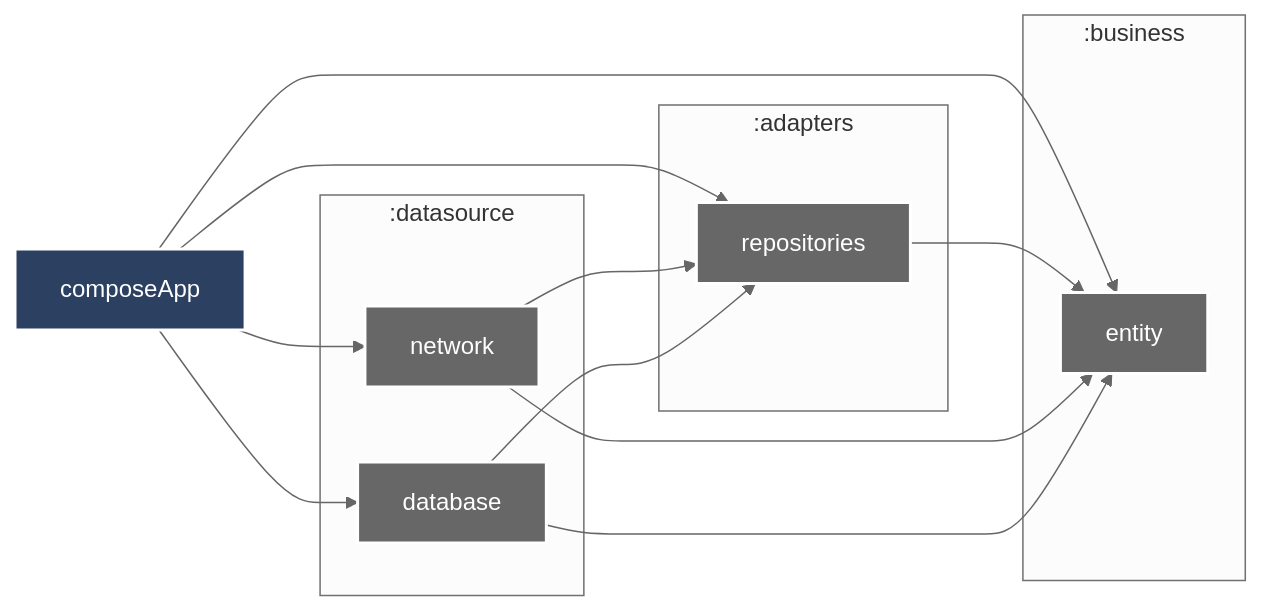
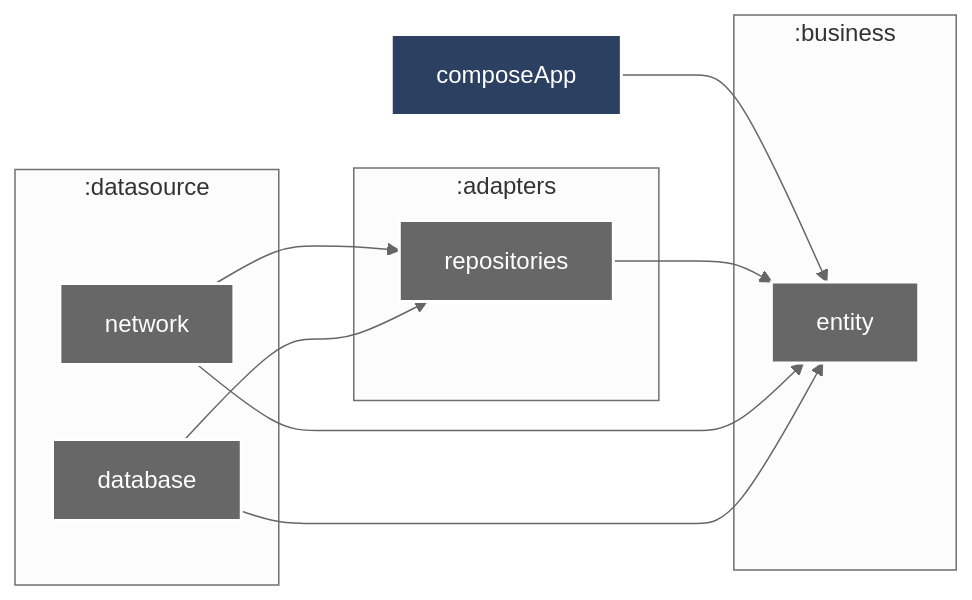
One commit to enirsilvaferraz/Pokedex changed the diagram in MERMAID.md. Above: the diagram before and after it, drawn with Mermaid.

Commit message:
Update Mermaid diagram to reflect current dependencies
This commit updates the Mermaid diagram in `MERMAID.md` to accurately represent the project's module dependencies.

The main change is commenting out direct dependencies from `:composeApp` to `:adapters:repositories`, `:datasource:network`, and `:datasource:database`. This clarifies that `:composeApp` primarily interacts with the `:business:entity` module.

````diff
--- a/MERMAID.md
+++ b/MERMAID.md
@@ -3,39 +3,43 @@
 ```mermaid
 %%{
   init: {
     'theme': 'neutral'
   }
 }%%
 
 graph LR
+    
   :composeApp["composeApp"]
+  
   subgraph :business
     :business:entity["entity"]
   end
+  
   subgraph :adapters
     :adapters:repositories["repositories"]
   end
+  
   subgraph :datasource
     :datasource:network["network"]
     :datasource:database["database"]
   end
 
   :composeApp --> :business:entity
-  :composeApp --> :adapters:repositories
-  :composeApp --> :datasource:network
-  :composeApp --> :datasource:database
+%%  :composeApp --> :adapters:repositories
+%%  :composeApp --> :datasource:network
+%%  :composeApp --> :datasource:database
   :adapters:repositories --> :business:entity
   :datasource:network --> :business:entity
   :datasource:network --> :adapters:repositories
   :datasource:database --> :business:entity
   :datasource:database --> :adapters:repositories
 
 classDef android-application fill:#2C4162,stroke:#fff,stroke-width:2px,color:#fff;
 classDef unknown fill:#676767,stroke:#fff,stroke-width:2px,color:#fff;
 class :composeApp android-application
 class :business:entity unknown
 class :adapters:repositories unknown
 class :datasource:network unknown
 class :datasource:database unknown
 
 ```
````
